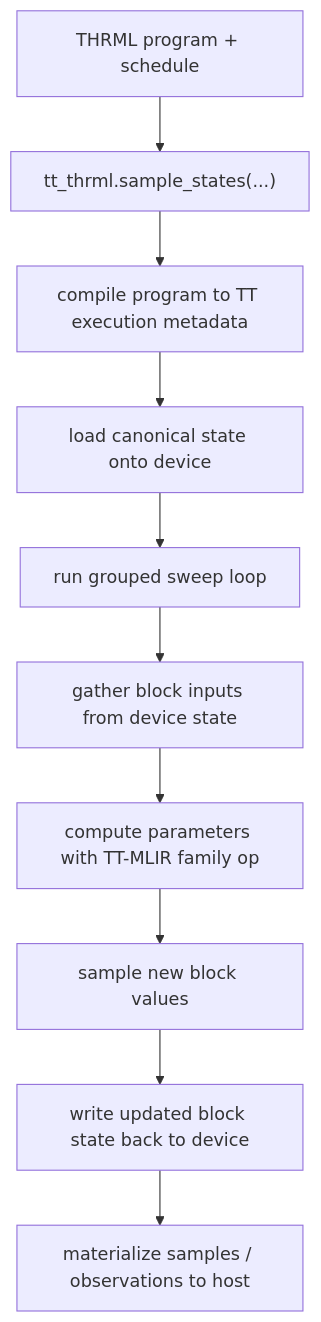
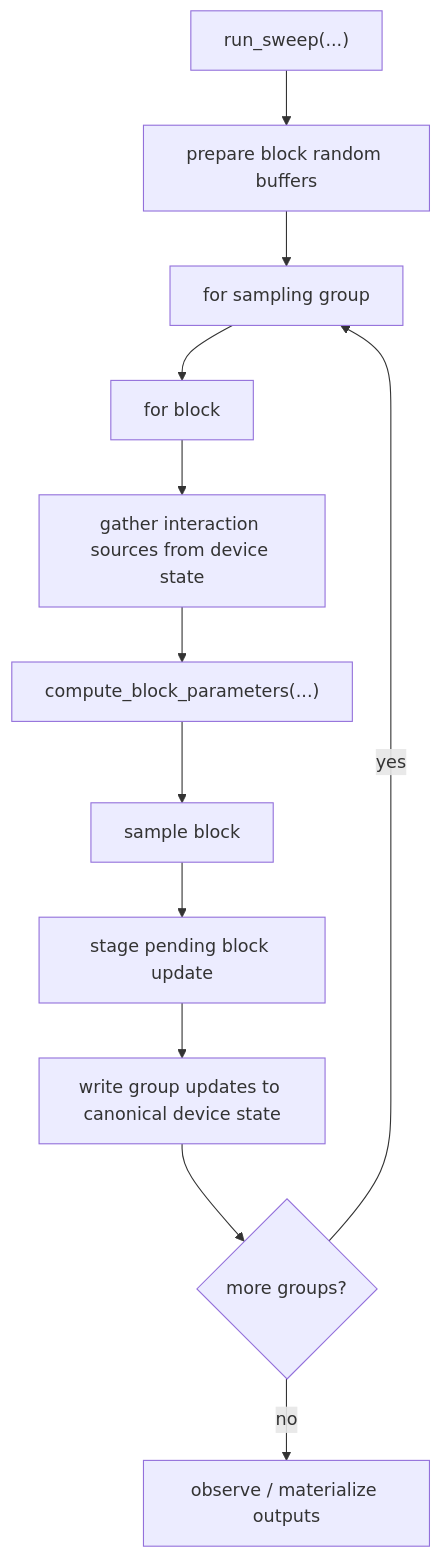
Before and after one commit to Specter-Research-Labs/tt-thrml: the second of 2 diagrams in docs/tt-thrml-internals.md, drawn with Mermaid. The commit also changed other lines of this file and 43 other files, not shown here.

````diff
--- a/docs/tt-thrml-internals.md
+++ b/docs/tt-thrml-internals.md
@@ -18,12 +30,14 @@
 ```mermaid
 flowchart TD
-    A["THRML program + schedule"] --> B["tt_thrml.sample_states(...)"]
-    B --> C["compile program to TT execution metadata"]
-    C --> D["load canonical state onto device"]
-    D --> E["run grouped sweep loop"]
-    E --> F["gather block inputs from device state"]
-    F --> G["compute parameters with TT-MLIR family op"]
-    G --> H["sample new block values"]
-    H --> I["write updated block state back to device"]
-    I --> J["materialize samples / observations to host"]
+    A["run_sweep(...)"] --> B["prepare block random buffers"]
+    B --> C["for sampling group"]
+    C --> D["for block"]
+    D --> E["gather interaction sources from device state"]
+    E --> F["compute_block_parameters(...)"]
+    F --> G["sample block"]
+    G --> H["stage pending block update"]
+    H --> I["write group updates to canonical device state"]
+    I --> J{"more groups?"}
+    J -->|yes| C
+    J -->|no| K["observe / materialize outputs"]
 ```
````
